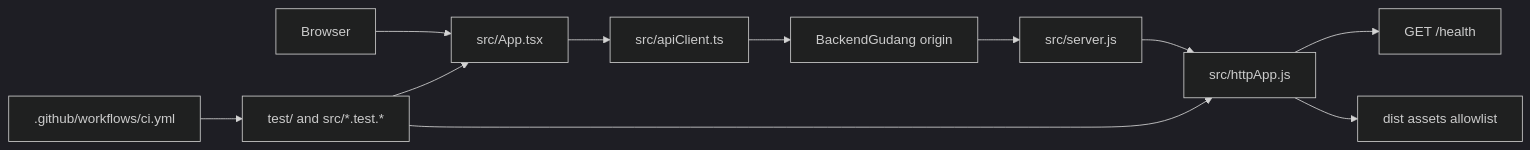
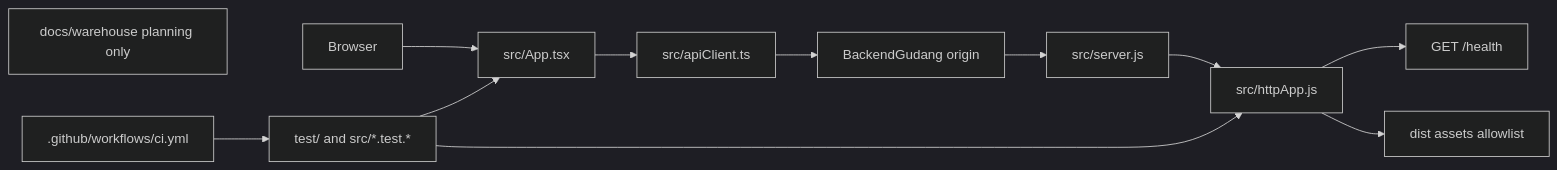
The diagram in docs/architecture/PROJECT_MAP.md (irwansyah1998/BackendGudang), drawn with Mermaid (dark theme) before and after one commit. The commit also changed other lines of this file and 10 other files, not shown here.

````diff
--- a/docs/architecture/PROJECT_MAP.md
+++ b/docs/architecture/PROJECT_MAP.md
@@ -7,13 +7,14 @@
 ```mermaid
 flowchart LR
   Browser --> UI[src/App.tsx]
   UI --> Client[src/apiClient.ts]
   Client --> SameOrigin[BackendGudang origin]
   SameOrigin --> Server[src/server.js]
   Server --> HttpApp[src/httpApp.js]
   HttpApp --> Health[GET /health]
   HttpApp --> Static[dist assets allowlist]
+  WarehouseDocs[docs/warehouse planning only]
   Tests[test/ and src/*.test.*] --> UI
   Tests --> HttpApp
   CI[.github/workflows/ci.yml] --> Tests
 ```
````
